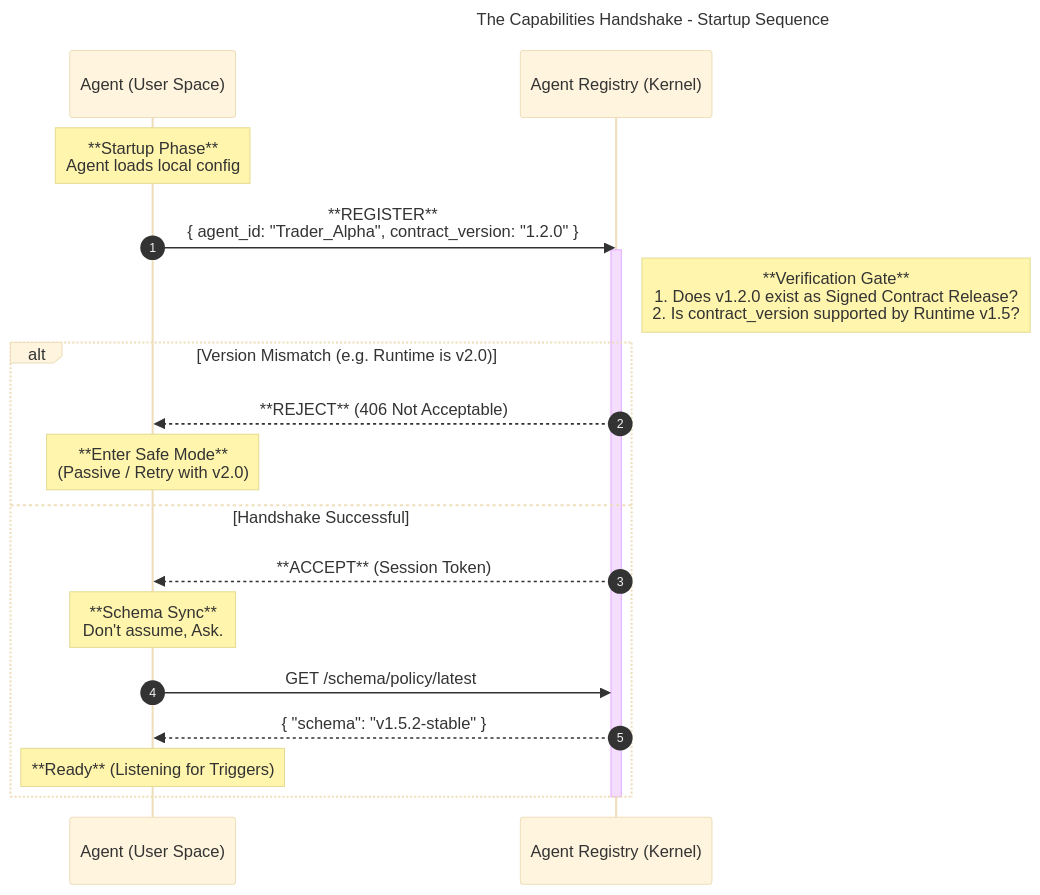
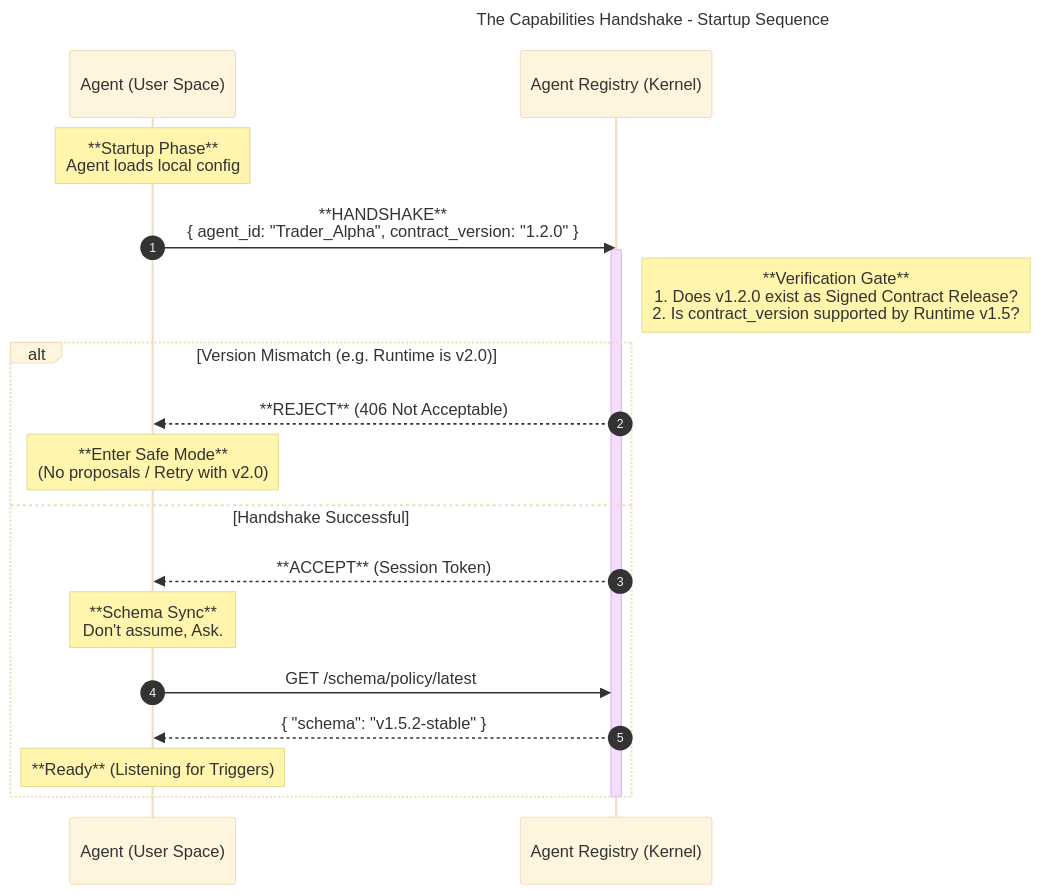
The second of 9 diagrams in docs/02-decision-runtime/DIR_Architectural_Pattern.md (huka81/decision-intelligence-runtime), drawn with Mermaid (base theme) before and after one commit. The commit also changed other lines of this file and 4 other files, not shown here.

````diff
--- a/docs/02-decision-runtime/DIR_Architectural_Pattern.md
+++ b/docs/02-decision-runtime/DIR_Architectural_Pattern.md
@@ -186,33 +187,33 @@
 ```mermaid
 ---
 title: The Capabilities Handshake - Startup Sequence
 config:
   look: classic
 ---
 sequenceDiagram
     autonumber
     participant Agent as Agent (User Space)
     participant Registry as Agent Registry (Kernel)
 
     Note over Agent: **Startup Phase**<br/>Agent loads local config
 
-    Agent->>Registry: **REGISTER**<br/>{ agent_id: "Trader_Alpha", contract_version: "1.2.0" }
+    Agent->>Registry: **HANDSHAKE**<br/>{ agent_id: "Trader_Alpha", contract_version: "1.2.0" }
     
     activate Registry
     Note right of Registry: **Verification Gate**<br/>1. Does v1.2.0 exist as Signed Contract Release?<br/>2. Is contract_version supported by Runtime v1.5?
 
     alt Version Mismatch (e.g. Runtime is v2.0)
         Registry-->>Agent: **REJECT** (406 Not Acceptable)
-        Note over Agent: **Enter Safe Mode**<br/>(Passive / Retry with v2.0)
+        Note over Agent: **Enter Safe Mode**<br/>(No proposals / Retry with v2.0)
     else Handshake Successful
         Registry-->>Agent: **ACCEPT** (Session Token)
         
         Note over Agent: **Schema Sync**<br/>Don't assume, Ask.
         
         Agent->>Registry: GET /schema/policy/latest
         Registry-->>Agent: { "schema": "v1.5.2-stable" }
         
         Note over Agent: **Ready** (Listening for Triggers)
     end
     deactivate Registry
 ```
````
